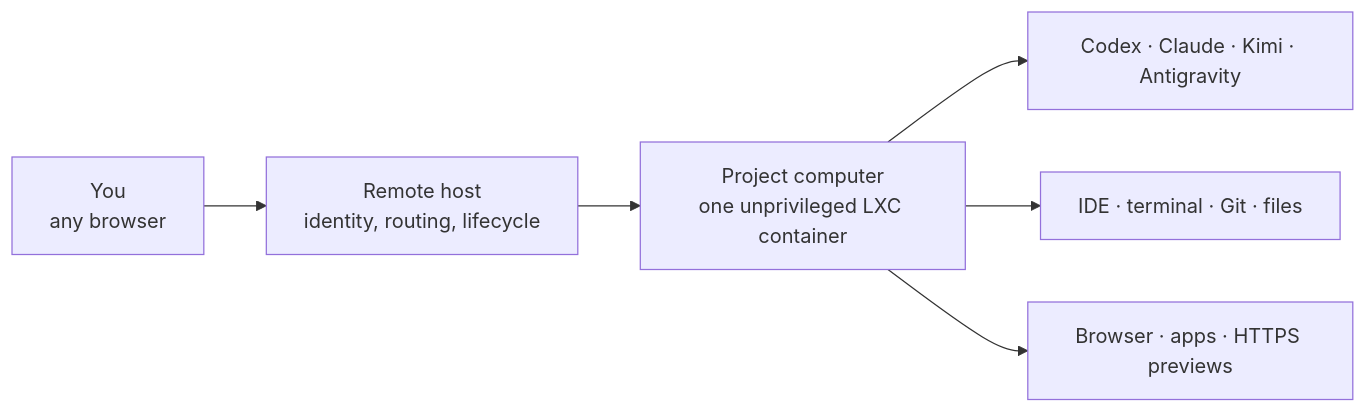
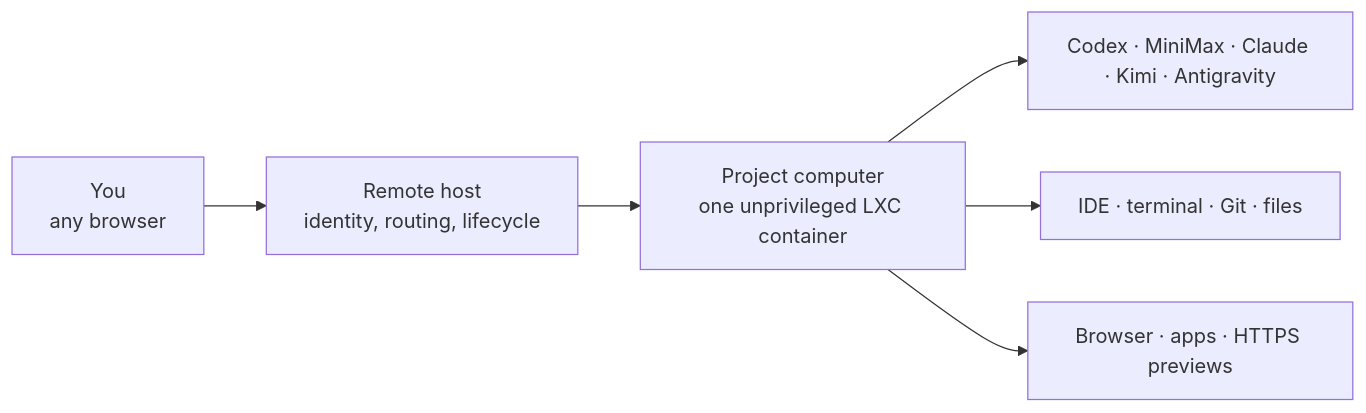
The diagram in README.md (AbdallahMohamedDotnet/remote.futrx), drawn with Mermaid before and after one commit. The commit also changed other lines of this file and 45 other files, not shown here.

````diff
--- a/README.md
+++ b/README.md
@@ -86,8 +86,8 @@
 ```mermaid
 flowchart LR
     A["You<br>any browser"] --> B["Remote host<br>identity, routing, lifecycle"]
     B --> C["Project computer<br>one unprivileged LXC container"]
-    C --> D["Codex · Claude · Kimi · Antigravity"]
+    C --> D["Codex · MiniMax · Claude · Kimi · Antigravity"]
     C --> E["IDE · terminal · Git · files"]
     C --> F["Browser · apps · HTTPS previews"]
 ```
````
